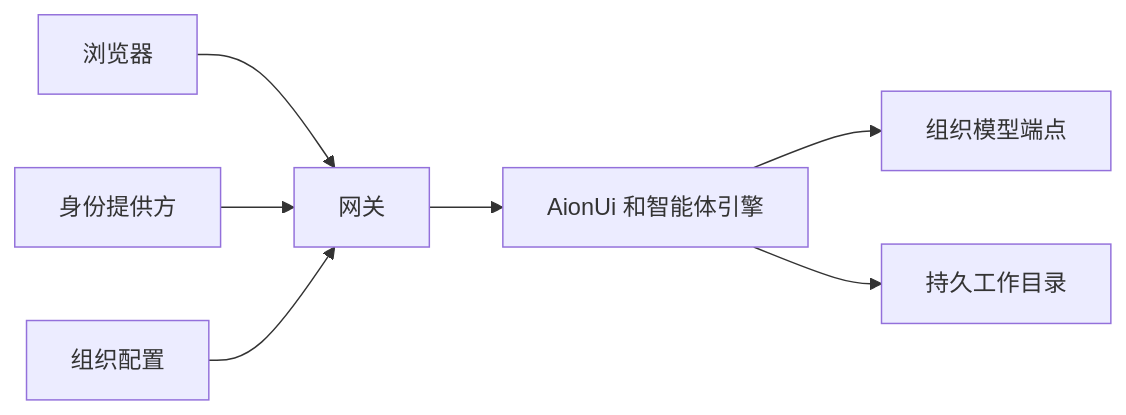
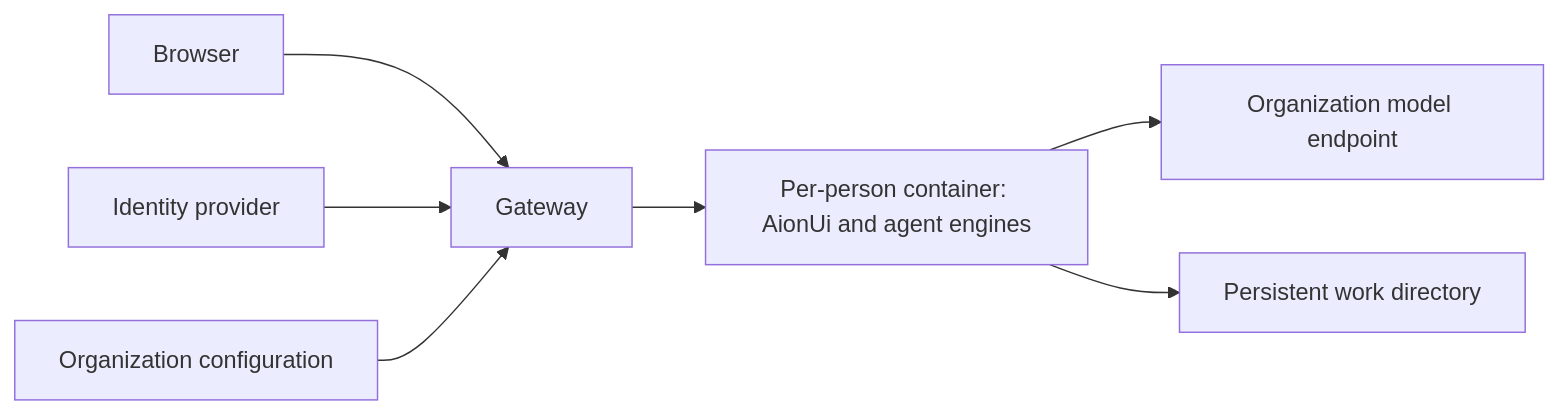
Before and after one commit to soundworkbench/workpartner: the diagram in README.zh.md, drawn with Mermaid. The commit also changed other lines of this file and 72 other files, not shown here.

````diff
--- a/README.zh.md
+++ b/README.zh.md
@@ -7,9 +7,9 @@
 ```mermaid
 flowchart LR
-  浏览器 --> 网关
-  身份提供方 --> 网关
-  组织配置 --> 网关
-  网关 --> 每人容器[AionUi 和智能体引擎]
-  每人容器 --> 组织模型端点
-  每人容器 --> 持久工作目录
+  Browser --> Gateway
+  Identity[Identity provider] --> Gateway
+  Organization[Organization configuration] --> Gateway
+  Gateway --> Workspace[Per-person container: AionUi and agent engines]
+  Workspace --> Models[Organization model endpoint]
+  Workspace --> Files[Persistent work directory]
 ```
````
